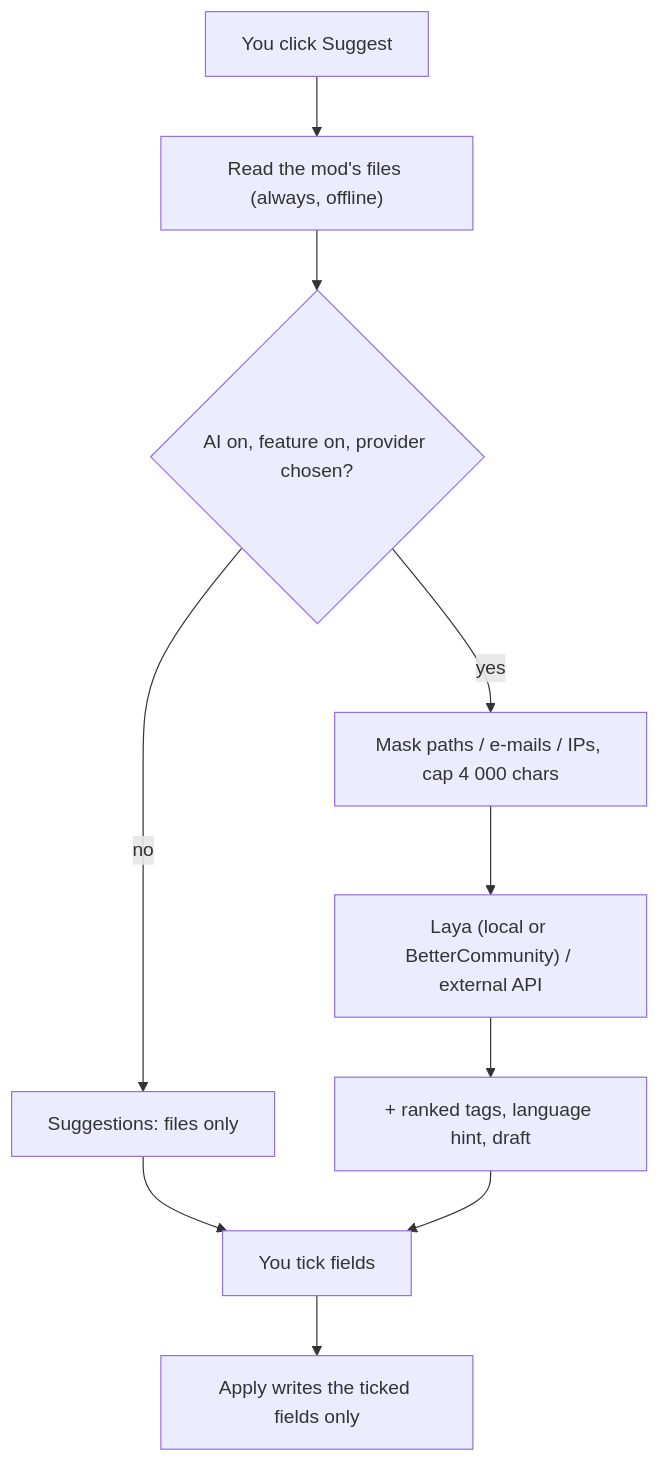
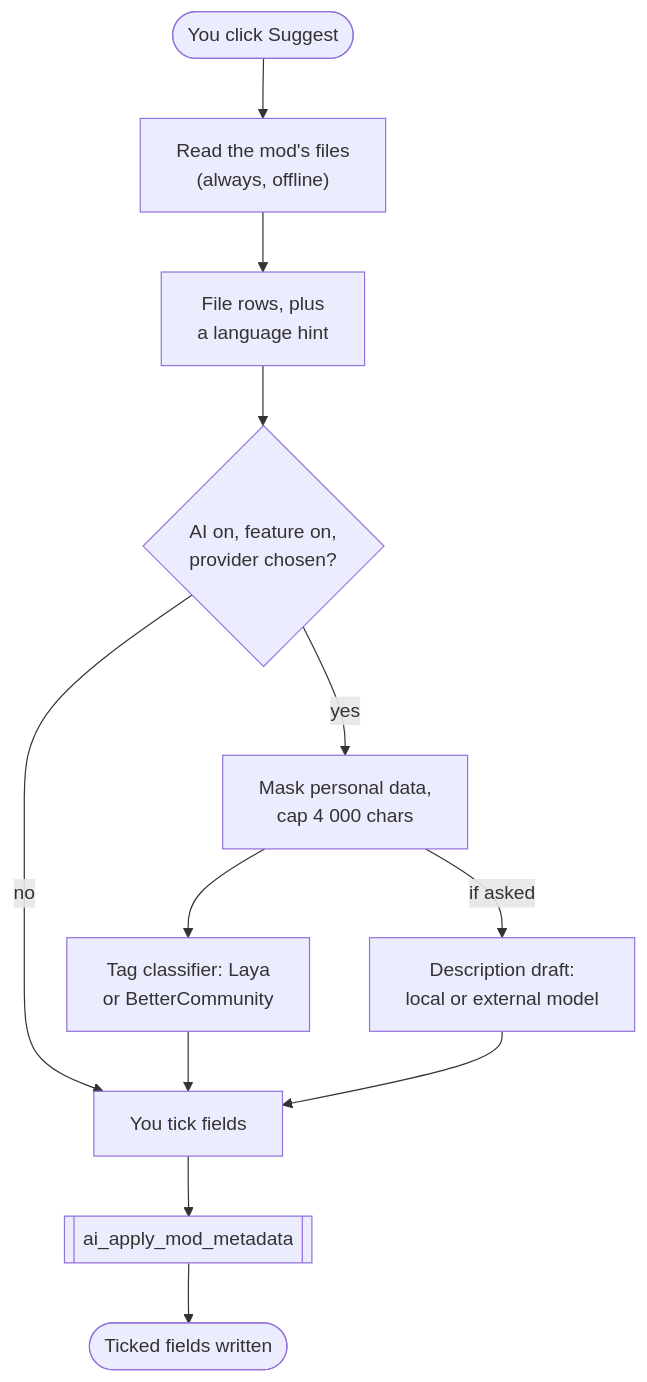
The diagram in frontend/assets/docs/en/features/ai.md (FreeProject089/BetterModsManager), drawn with Mermaid before and after one commit. The commit also changed 176 other files, not shown here.

````diff
--- a/frontend/assets/docs/en/features/ai.md
+++ b/frontend/assets/docs/en/features/ai.md
@@ -235,12 +235,14 @@
 ```mermaid
-graph TD
-    CLICK["You click Suggest"] --> FILES["Read the mod's files (always, offline)"]
-    FILES --> GATE{"AI on, feature on, provider chosen?"}
-    GATE -- "no" --> ROWS["Suggestions: files only"]
-    GATE -- "yes" --> MASK["Mask paths / e-mails / IPs, cap 4 000 chars"]
-    MASK --> PROV["Laya (local or BetterCommunity) / external API"]
-    PROV --> ROWS2["+ ranked tags, language hint, draft"]
-    ROWS --> PICK["You tick fields"]
-    ROWS2 --> PICK
-    PICK --> APPLY["Apply writes the ticked fields only"]
+flowchart TD
+    CLICK(["You click Suggest"]) --> FILES["Read the mod's files<br/>(always, offline)"]
+    FILES --> ROWS["File rows, plus<br/>a language hint"]
+    ROWS --> GATE{"AI on, feature on,<br/>provider chosen?"}
+    GATE -- "no" --> PICK["You tick fields"]
+    GATE -- "yes" --> MASK["Mask personal data,<br/>cap 4 000 chars"]
+    MASK --> PROV["Tag classifier: Laya<br/>or BetterCommunity"]
+    MASK -- "if asked" --> DRAFT["Description draft:<br/>local or external model"]
+    PROV --> PICK
+    DRAFT --> PICK
+    PICK --> APPLY[["ai_apply_mod_metadata"]]
+    APPLY --> DONE(["Ticked fields written"])
 ```
````
